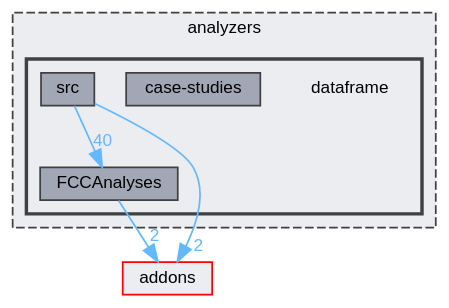
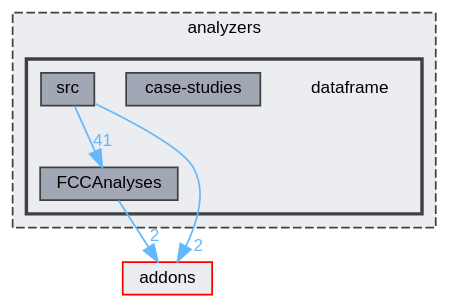
Before and after one commit to mcepeda/FCCAnalyses: the diagram in doc/latest/dir_80d0d0eb77b8b32422d353741e959c30_dep.dot, drawn with Graphviz. The commit also changed 428 other files, not shown here.

```diff
--- a/doc/latest/dir_80d0d0eb77b8b32422d353741e959c30_dep.dot
+++ b/doc/latest/dir_80d0d0eb77b8b32422d353741e959c30_dep.dot
@@ -1,22 +1,22 @@
 digraph "analyzers/dataframe"
 {
  // LATEX_PDF_SIZE
   bgcolor="transparent";
   edge [fontname=Helvetica,fontsize=10,labelfontname=Helvetica,labelfontsize=10];
   node [fontname=Helvetica,fontsize=10,shape=box,height=0.2,width=0.4];
   compound=true
   subgraph clusterdir_3d03528d2400acc3fc02bc2b11bada0c {
     graph [ bgcolor="#ecedf0", pencolor="grey25", label="analyzers", fontname=Helvetica,fontsize=10 style="filled,dashed", URL="dir_3d03528d2400acc3fc02bc2b11bada0c.html",tooltip=""]
   subgraph clusterdir_80d0d0eb77b8b32422d353741e959c30 {
     graph [ bgcolor="#ecedf0", pencolor="grey25", label="", fontname=Helvetica,fontsize=10 style="filled,bold", URL="dir_80d0d0eb77b8b32422d353741e959c30.html",tooltip=""]
     dir_80d0d0eb77b8b32422d353741e959c30 [shape=plaintext, label="dataframe"];
   dir_b69ebb5fe77e2572b7058b30dd2caaff [label="case-studies", fillcolor="#a1a7b4", color="grey25", style="filled", URL="dir_b69ebb5fe77e2572b7058b30dd2caaff.html",tooltip=""];
   dir_cb7b6eb9215e3f84f34d01fe0347dc1b [label="FCCAnalyses", fillcolor="#a1a7b4", color="grey25", style="filled", URL="dir_cb7b6eb9215e3f84f34d01fe0347dc1b.html",tooltip=""];
   dir_6e0068be5112e865040d7f78ac9f7679 [label="src", fillcolor="#a1a7b4", color="grey25", style="filled", URL="dir_6e0068be5112e865040d7f78ac9f7679.html",tooltip=""];
   }
   }
   dir_1233bc0a3e869c10318208e4553a4fcb [label="addons", fillcolor="#ecedf0", color="red", style="filled", URL="dir_1233bc0a3e869c10318208e4553a4fcb.html",tooltip=""];
   dir_cb7b6eb9215e3f84f34d01fe0347dc1b->dir_1233bc0a3e869c10318208e4553a4fcb [headlabel="2", labeldistance=1.5 headhref="dir_000006_000000.html" href="dir_000006_000000.html" color="steelblue1" fontcolor="steelblue1"];
   dir_6e0068be5112e865040d7f78ac9f7679->dir_1233bc0a3e869c10318208e4553a4fcb [headlabel="2", labeldistance=1.5 headhref="dir_000016_000000.html" href="dir_000016_000000.html" color="steelblue1" fontcolor="steelblue1"];
-  dir_6e0068be5112e865040d7f78ac9f7679->dir_cb7b6eb9215e3f84f34d01fe0347dc1b [headlabel="40", labeldistance=1.5 headhref="dir_000016_000006.html" href="dir_000016_000006.html" color="steelblue1" fontcolor="steelblue1"];
+  dir_6e0068be5112e865040d7f78ac9f7679->dir_cb7b6eb9215e3f84f34d01fe0347dc1b [headlabel="41", labeldistance=1.5 headhref="dir_000016_000006.html" href="dir_000016_000006.html" color="steelblue1" fontcolor="steelblue1"];
 }
```
